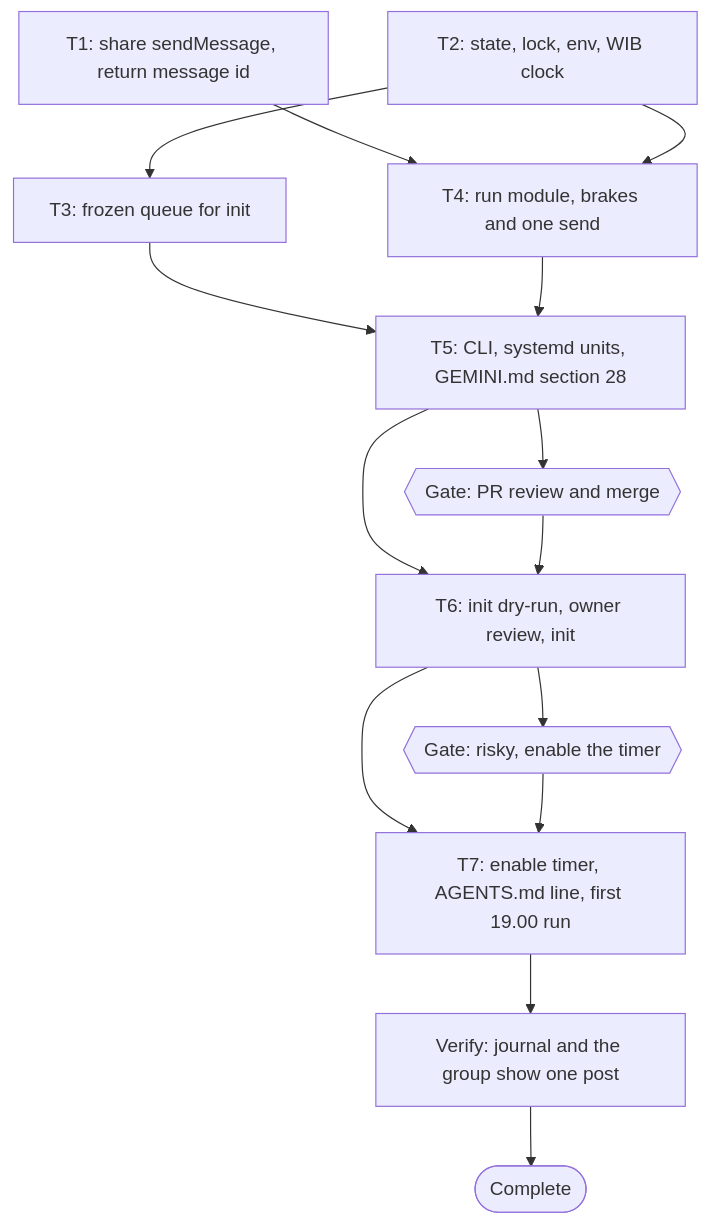
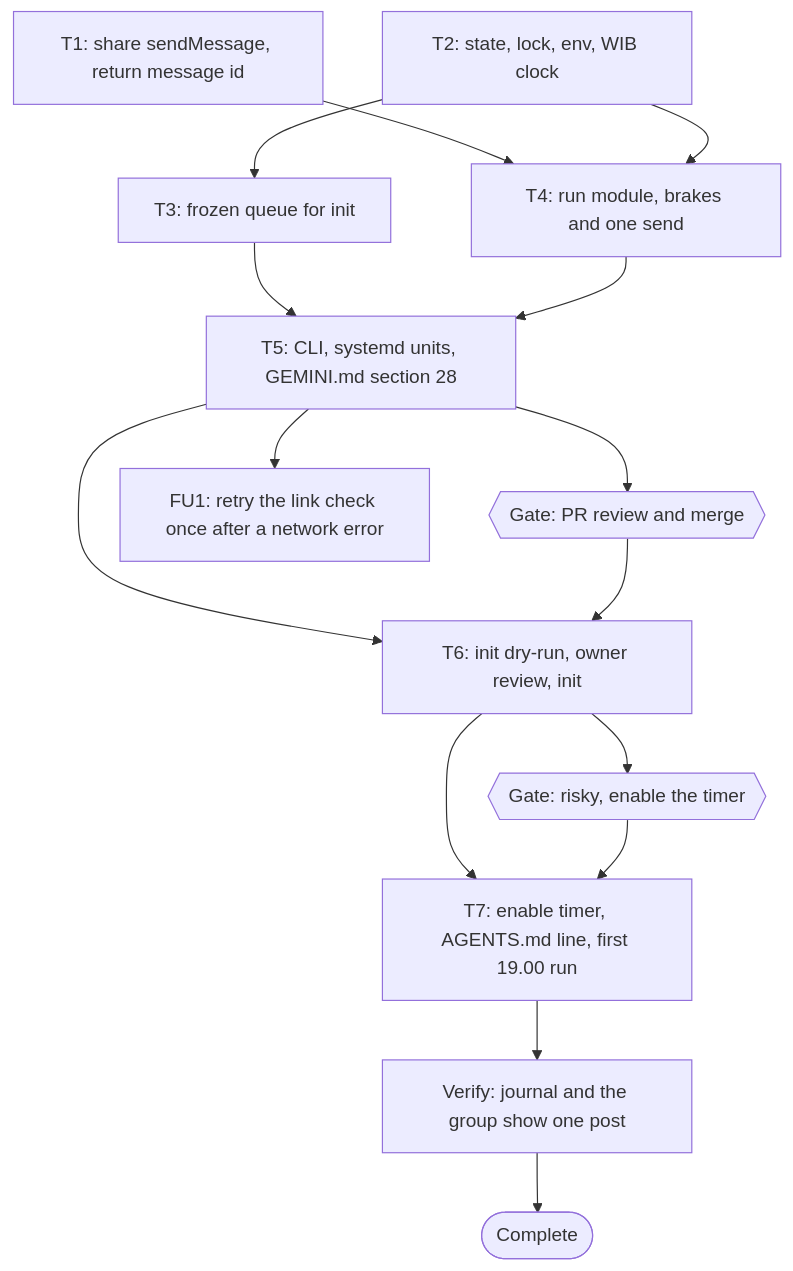
The diagram in docs/code-plan/plans/2026-10-30-dawnbook-old-book-broadcast.md (belajarcarabelajar/dawnbook), drawn with Mermaid before and after one commit. The commit also changed other lines of this file, not shown here.

````diff
--- a/docs/code-plan/plans/2026-10-30-dawnbook-old-book-broadcast.md
+++ b/docs/code-plan/plans/2026-10-30-dawnbook-old-book-broadcast.md
@@ -135,18 +149,19 @@
 ```mermaid
 flowchart TD
     accTitle: Old-book broadcast tasks and gates
     accDescr: The shared send and the state module start in parallel, the queue and the run module follow in parallel, the CLI with units and docs closes the pull request; after the merge gate the state is initialised behind the owner's review and the timer is enabled behind a risk gate, ending with the first evening run checked.
     T1["T1: share sendMessage, return message id"] --> T4["T4: run module, brakes and one send"]
     T2["T2: state, lock, env, WIB clock"] --> T3["T3: frozen queue for init"]
     T2 --> T4
     T3 --> T5["T5: CLI, systemd units, GEMINI.md section 28"]
     T4 --> T5
     T5 --> T6["T6: init dry-run, owner review, init"]
     T5 --> M{{"Gate: PR review and merge"}}
     M --> T6
     T6 --> T7["T7: enable timer, AGENTS.md line, first 19.00 run"]
     T6 --> R{{"Gate: risky, enable the timer"}}
     R --> T7
     T7 --> V["Verify: journal and the group show one post"]
+    T5 --> FU1["FU1: retry the link check once after a network error"]
     V --> C(["Complete"])
 ```
````
